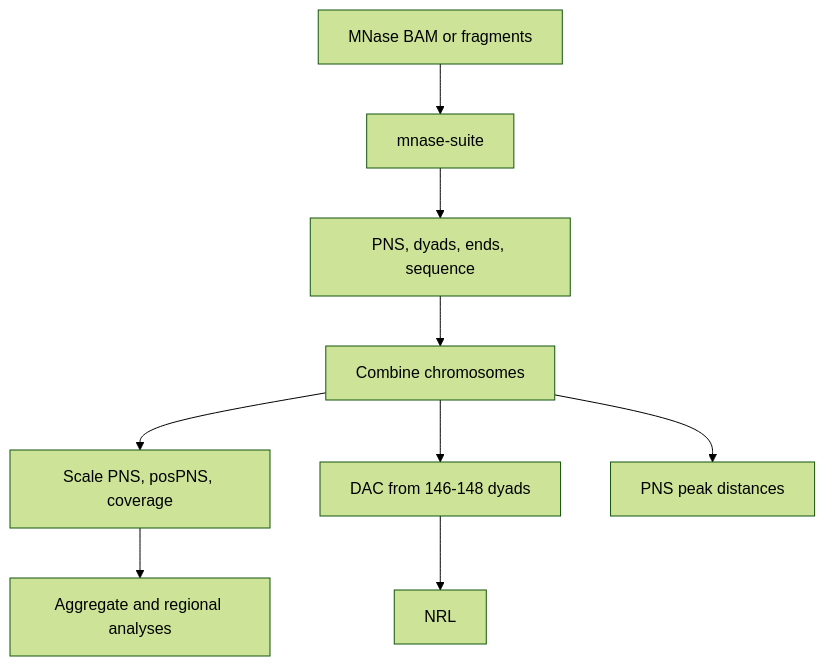
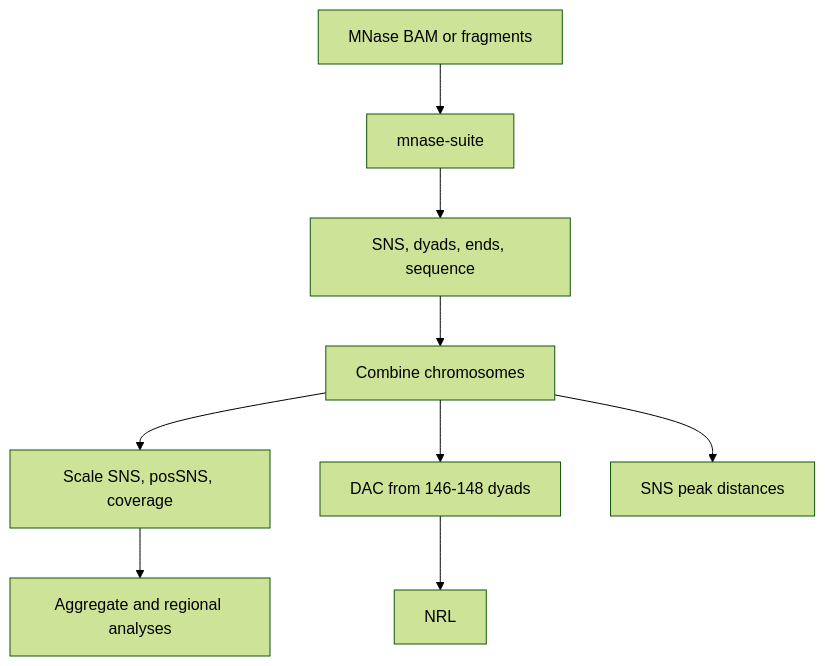
One commit to adjohnston85/NucleoSuite changed the diagram in docs/commands/mnase-suite.md. Above: the diagram before and after it, drawn with Mermaid (forest theme). The commit also changed other lines of this file and 63 other files, not shown here.

````diff
--- a/docs/commands/mnase-suite.md
+++ b/docs/commands/mnase-suite.md
@@ -25,11 +25,11 @@
 ```mermaid
 flowchart TB
     A[MNase BAM or fragments] --> B[mnase-suite]
-    B --> C[PNS, dyads, ends, sequence]
+    B --> C[SNS, dyads, ends, sequence]
     C --> D[Combine chromosomes]
-    D --> E[Scale PNS, posPNS, coverage]
+    D --> E[Scale SNS, posSNS, coverage]
     D --> F[DAC from 146-148 dyads]
     F --> G[NRL]
     E --> H[Aggregate and regional analyses]
-    D --> I[PNS peak distances]
+    D --> I[SNS peak distances]
 ```
````
